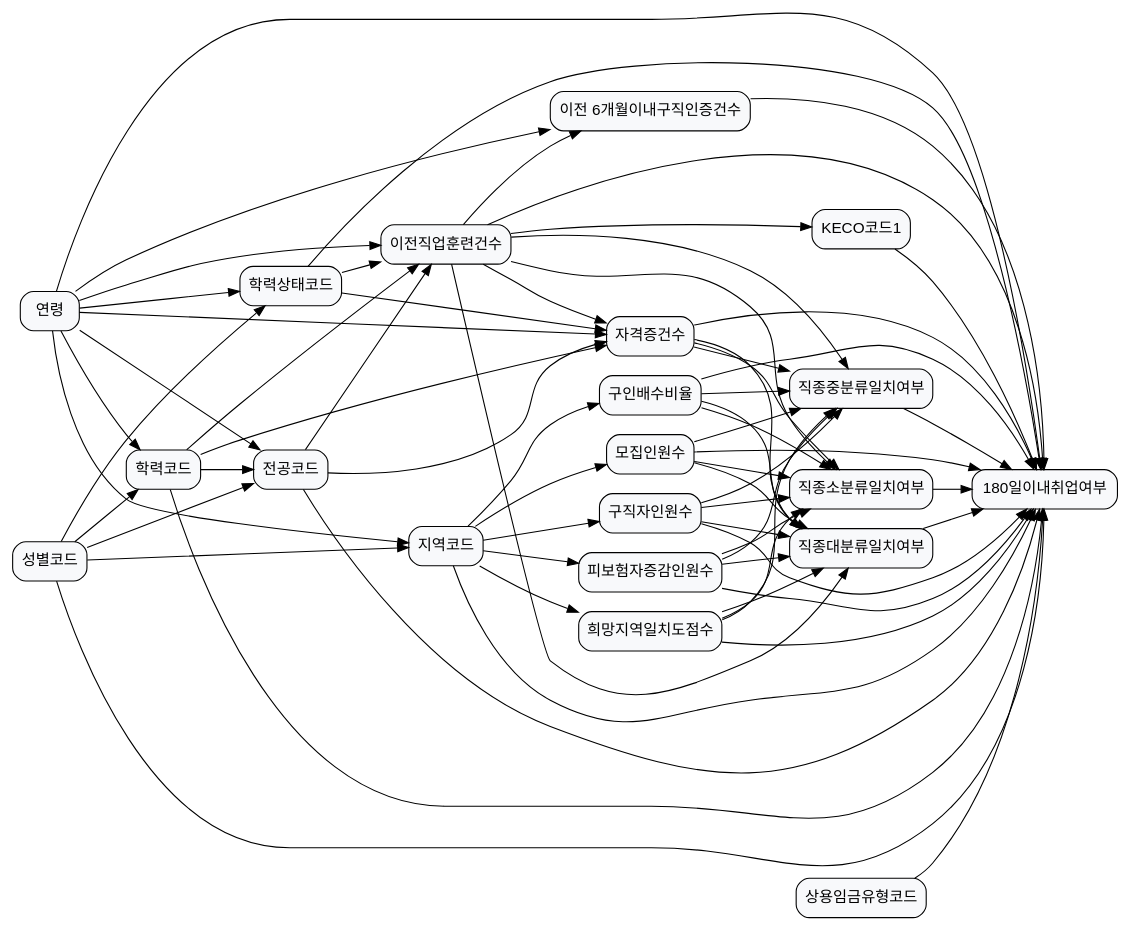
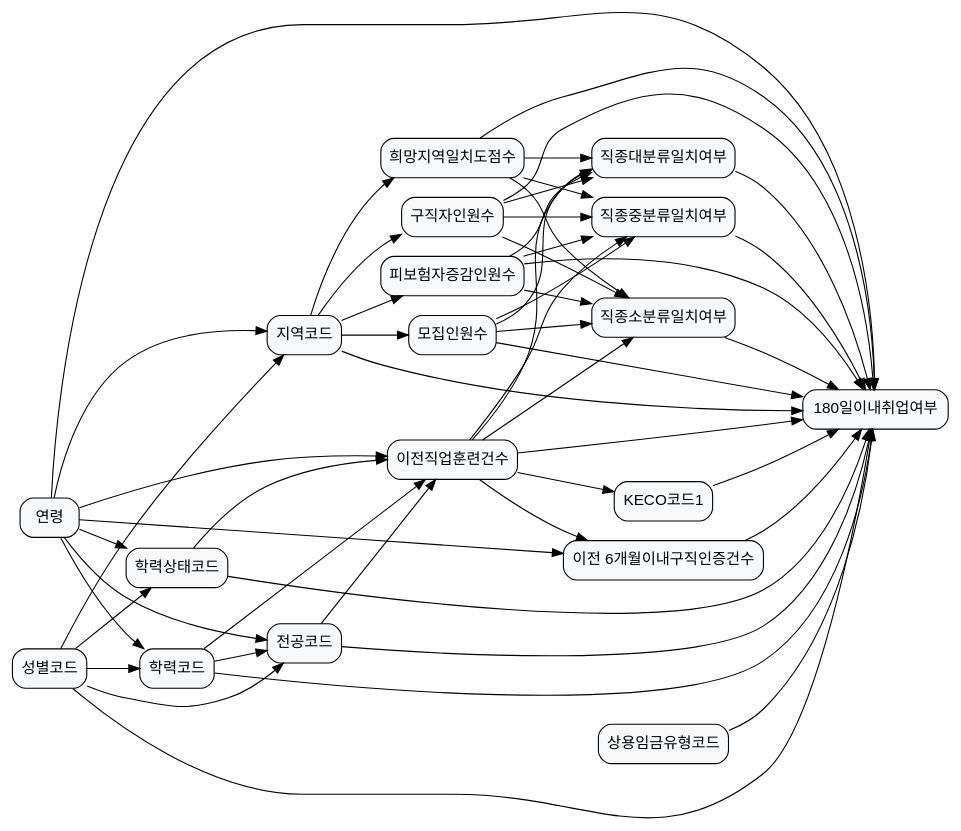
The diagram in laborlab_2/data/graph_data/graph_32.dot (KU-LIM-Lab/dowhy-deep), drawn with Graphviz before and after one commit. The commit also changed 79 other files, not shown here.

Commit message:
graph real real final really sorry bro들

```diff
--- a/laborlab_2/data/graph_data/graph_32.dot
+++ b/laborlab_2/data/graph_data/graph_32.dot
@@ -1,90 +1,95 @@
 digraph G {
-rankdir=LR;
-node [fillcolor="#F8F9FB", fontname=Helvetica, shape=box];
-ACCR_CD [label="학력코드", style="rounded,filled"];
-ACCR_STCD [label="학력상태코드", style="rounded,filled"];
-ACQ_180_YN [label="180일이내취업여부", style="rounded,filled"];
-AGE [label="연령", style="rounded,filled"];
-AREA_CD [label="지역코드", style="rounded,filled"];
-BFR_OCTR_CT [label="이전직업훈련건수", style="rounded,filled"];
-BFR_WTM6_JHCR_CT [label="이전 6개월이내구직인증건수", style="rounded,filled"];
-COMM_WAGE_TYCD [label="상용임금유형코드", style="rounded,filled"];
-CRQF_CT [label="자격증건수", style="rounded,filled"];
-HPAR_CSCY_SCOR [label="희망지역일치도점수", style="rounded,filled"];
-IPS_IRDS_NMPR [label="피보험자증감인원수", style="rounded,filled"];
-JBHT_NMPR [label="구직자인원수", style="rounded,filled"];
-JO_DRNG_RATE [label="구인배수비율", style="rounded,filled"];
-KECO_CD1 [label="KECO코드1", style="rounded,filled"];
-MAJR_CD1 [label="전공코드", style="rounded,filled"];
-MATCH_L_YN [label="직종대분류일치여부", style="rounded,filled"];
-MATCH_M_YN [label="직종중분류일치여부", style="rounded,filled"];
-MATCH_S_YN [label="직종소분류일치여부", style="rounded,filled"];
-RCIT_NMPR [label="모집인원수", style="rounded,filled"];
-SXDS_CD [label="성별코드", style="rounded,filled"];
-ACCR_CD -> ACQ_180_YN;
-ACCR_CD -> BFR_OCTR_CT;
-ACCR_CD -> CRQF_CT;
-ACCR_CD -> MAJR_CD1;
-ACCR_STCD -> ACQ_180_YN;
-ACCR_STCD -> BFR_OCTR_CT;
-ACCR_STCD -> CRQF_CT;
-AGE -> ACCR_CD;
-AGE -> ACCR_STCD;
-AGE -> ACQ_180_YN;
-AGE -> AREA_CD;
-AGE -> BFR_OCTR_CT;
-AGE -> BFR_WTM6_JHCR_CT;
-AGE -> CRQF_CT;
-AGE -> MAJR_CD1;
-AREA_CD -> ACQ_180_YN;
-AREA_CD -> HPAR_CSCY_SCOR;
-AREA_CD -> IPS_IRDS_NMPR;
-AREA_CD -> JBHT_NMPR;
-AREA_CD -> JO_DRNG_RATE;
-AREA_CD -> RCIT_NMPR;
-BFR_OCTR_CT -> ACQ_180_YN;
-BFR_OCTR_CT -> BFR_WTM6_JHCR_CT;
-BFR_OCTR_CT -> CRQF_CT;
-BFR_OCTR_CT -> KECO_CD1;
-BFR_OCTR_CT -> MATCH_L_YN;
-BFR_OCTR_CT -> MATCH_M_YN;
-BFR_OCTR_CT -> MATCH_S_YN;
-BFR_WTM6_JHCR_CT -> ACQ_180_YN;
-COMM_WAGE_TYCD -> ACQ_180_YN;
-CRQF_CT -> ACQ_180_YN;
-CRQF_CT -> MATCH_L_YN;
-CRQF_CT -> MATCH_M_YN;
-CRQF_CT -> MATCH_S_YN;
-HPAR_CSCY_SCOR -> ACQ_180_YN;
-HPAR_CSCY_SCOR -> MATCH_L_YN;
-HPAR_CSCY_SCOR -> MATCH_M_YN;
-HPAR_CSCY_SCOR -> MATCH_S_YN;
-IPS_IRDS_NMPR -> ACQ_180_YN;
-IPS_IRDS_NMPR -> MATCH_L_YN;
-IPS_IRDS_NMPR -> MATCH_M_YN;
-IPS_IRDS_NMPR -> MATCH_S_YN;
-JBHT_NMPR -> ACQ_180_YN;
-JBHT_NMPR -> MATCH_L_YN;
-JBHT_NMPR -> MATCH_M_YN;
-JBHT_NMPR -> MATCH_S_YN;
-JO_DRNG_RATE -> ACQ_180_YN;
-JO_DRNG_RATE -> MATCH_L_YN;
-JO_DRNG_RATE -> MATCH_M_YN;
-JO_DRNG_RATE -> MATCH_S_YN;
-KECO_CD1 -> ACQ_180_YN;
-MAJR_CD1 -> ACQ_180_YN;
-MAJR_CD1 -> BFR_OCTR_CT;
-MAJR_CD1 -> CRQF_CT;
-MATCH_L_YN -> ACQ_180_YN;
-MATCH_M_YN -> ACQ_180_YN;
-MATCH_S_YN -> ACQ_180_YN;
-RCIT_NMPR -> ACQ_180_YN;
-RCIT_NMPR -> MATCH_L_YN;
-RCIT_NMPR -> MATCH_M_YN;
-RCIT_NMPR -> MATCH_S_YN;
-SXDS_CD -> ACCR_CD;
-SXDS_CD -> ACCR_STCD;
-SXDS_CD -> ACQ_180_YN;
-SXDS_CD -> AREA_CD;
-SXDS_CD -> MAJR_CD1;
+	graph [rankdir=LR];
+	node [fillcolor="#F8F9FB",
+		fontname=Helvetica,
+		shape=box
+	];
+	ACCR_CD	[label=학력코드,
+		style="rounded,filled"];
+	ACQ_180_YN	[label="180일이내취업여부",
+		style="rounded,filled"];
+	ACCR_CD -> ACQ_180_YN;
+	BFR_OCTR_CT	[label=이전직업훈련건수,
+		style="rounded,filled"];
+	ACCR_CD -> BFR_OCTR_CT;
+	MAJR_CD1	[label=전공코드,
+		style="rounded,filled"];
+	ACCR_CD -> MAJR_CD1;
+	BFR_OCTR_CT -> ACQ_180_YN;
+	BFR_WTM6_JHCR_CT	[label="이전 6개월이내구직인증건수",
+		style="rounded,filled"];
+	BFR_OCTR_CT -> BFR_WTM6_JHCR_CT;
+	KECO_CD1	[label=KECO코드1,
+		style="rounded,filled"];
+	BFR_OCTR_CT -> KECO_CD1;
+	MATCH_L_YN	[label=직종대분류일치여부,
+		style="rounded,filled"];
+	BFR_OCTR_CT -> MATCH_L_YN;
+	MATCH_M_YN	[label=직종중분류일치여부,
+		style="rounded,filled"];
+	BFR_OCTR_CT -> MATCH_M_YN;
+	MATCH_S_YN	[label=직종소분류일치여부,
+		style="rounded,filled"];
+	BFR_OCTR_CT -> MATCH_S_YN;
+	MAJR_CD1 -> ACQ_180_YN;
+	MAJR_CD1 -> BFR_OCTR_CT;
+	ACCR_STCD	[label=학력상태코드,
+		style="rounded,filled"];
+	ACCR_STCD -> ACQ_180_YN;
+	ACCR_STCD -> BFR_OCTR_CT;
+	AGE	[label=연령,
+		style="rounded,filled"];
+	AGE -> ACCR_CD;
+	AGE -> ACQ_180_YN;
+	AGE -> BFR_OCTR_CT;
+	AGE -> MAJR_CD1;
+	AGE -> ACCR_STCD;
+	AREA_CD	[label=지역코드,
+		style="rounded,filled"];
+	AGE -> AREA_CD;
+	AGE -> BFR_WTM6_JHCR_CT;
+	AREA_CD -> ACQ_180_YN;
+	HPAR_CSCY_SCOR	[label=희망지역일치도점수,
+		style="rounded,filled"];
+	AREA_CD -> HPAR_CSCY_SCOR;
+	IPS_IRDS_NMPR	[label=피보험자증감인원수,
+		style="rounded,filled"];
+	AREA_CD -> IPS_IRDS_NMPR;
+	JBHT_NMPR	[label=구직자인원수,
+		style="rounded,filled"];
+	AREA_CD -> JBHT_NMPR;
+	RCIT_NMPR	[label=모집인원수,
+		style="rounded,filled"];
+	AREA_CD -> RCIT_NMPR;
+	BFR_WTM6_JHCR_CT -> ACQ_180_YN;
+	HPAR_CSCY_SCOR -> ACQ_180_YN;
+	HPAR_CSCY_SCOR -> MATCH_L_YN;
+	HPAR_CSCY_SCOR -> MATCH_M_YN;
+	HPAR_CSCY_SCOR -> MATCH_S_YN;
+	IPS_IRDS_NMPR -> ACQ_180_YN;
+	IPS_IRDS_NMPR -> MATCH_L_YN;
+	IPS_IRDS_NMPR -> MATCH_M_YN;
+	IPS_IRDS_NMPR -> MATCH_S_YN;
+	JBHT_NMPR -> ACQ_180_YN;
+	JBHT_NMPR -> MATCH_L_YN;
+	JBHT_NMPR -> MATCH_M_YN;
+	JBHT_NMPR -> MATCH_S_YN;
+	RCIT_NMPR -> ACQ_180_YN;
+	RCIT_NMPR -> MATCH_L_YN;
+	RCIT_NMPR -> MATCH_M_YN;
+	RCIT_NMPR -> MATCH_S_YN;
+	KECO_CD1 -> ACQ_180_YN;
+	MATCH_L_YN -> ACQ_180_YN;
+	MATCH_M_YN -> ACQ_180_YN;
+	MATCH_S_YN -> ACQ_180_YN;
+	COMM_WAGE_TYCD	[label=상용임금유형코드,
+		style="rounded,filled"];
+	COMM_WAGE_TYCD -> ACQ_180_YN;
+	SXDS_CD	[label=성별코드,
+		style="rounded,filled"];
+	SXDS_CD -> ACCR_CD;
+	SXDS_CD -> ACQ_180_YN;
+	SXDS_CD -> MAJR_CD1;
+	SXDS_CD -> ACCR_STCD;
+	SXDS_CD -> AREA_CD;
 }
```
